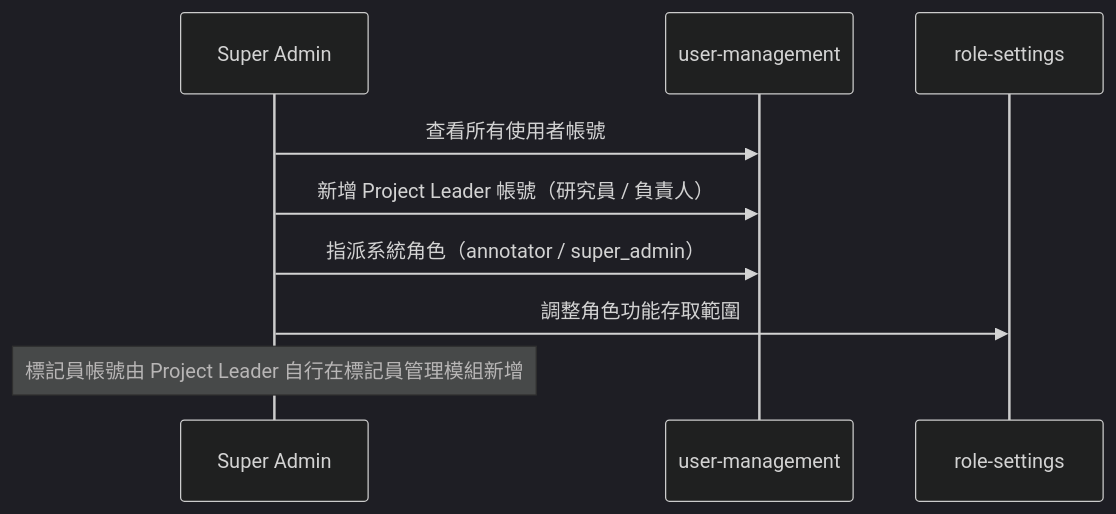
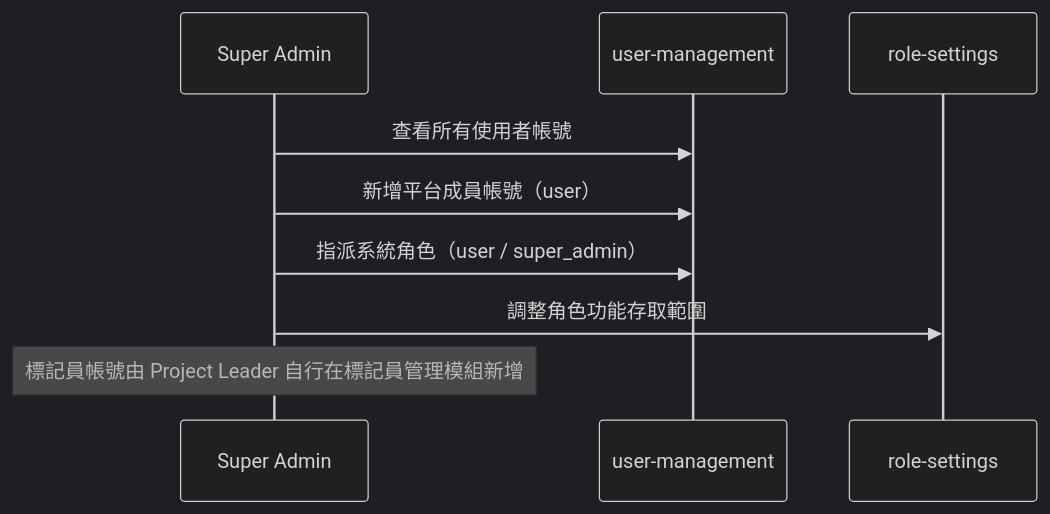
Before and after one commit to singyichen/label-suite: the fifth of 5 diagrams in docs/product/ia/information-architecture.md, drawn with Mermaid (dark theme). The commit also changed other lines of this file and 23 other files, not shown here.

````diff
--- a/docs/product/ia/information-architecture.md
+++ b/docs/product/ia/information-architecture.md
@@ -418,12 +418,12 @@
 ```mermaid
 sequenceDiagram
   participant SA as Super Admin
   participant UM as user-management
   participant RS as role-settings
 
   SA->>UM: 查看所有使用者帳號
-  SA->>UM: 新增 Project Leader 帳號（研究員 / 負責人）
-  SA->>UM: 指派系統角色（annotator / super_admin）
+  SA->>UM: 新增平台成員帳號（user）
+  SA->>UM: 指派系統角色（user / super_admin）
   SA->>RS: 調整角色功能存取範圍
   Note over SA: 標記員帳號由 Project Leader 自行在標記員管理模組新增
 ```
````
